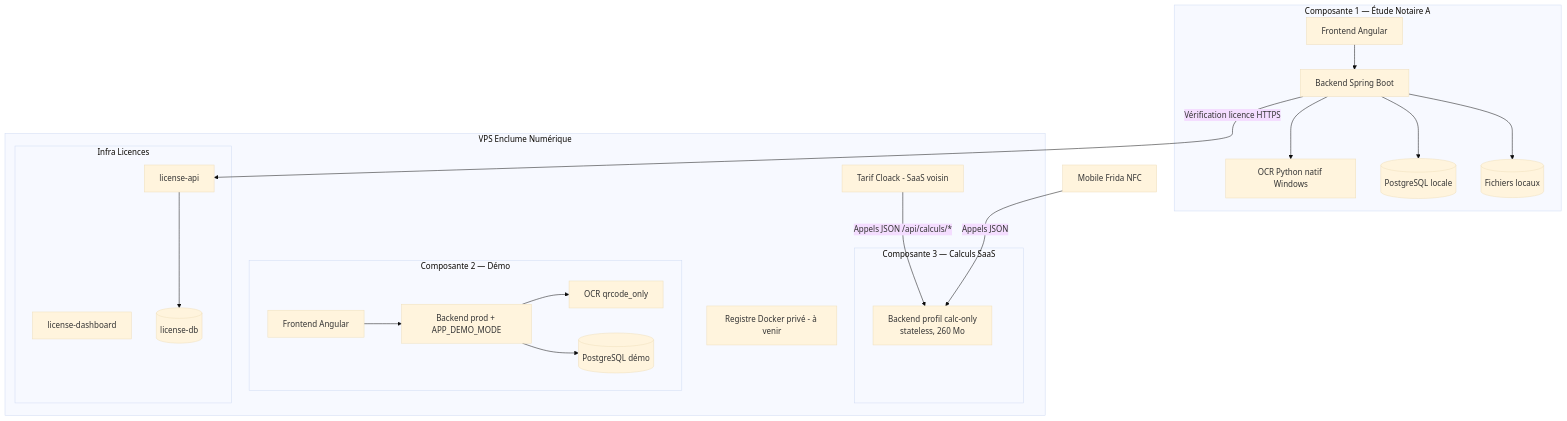
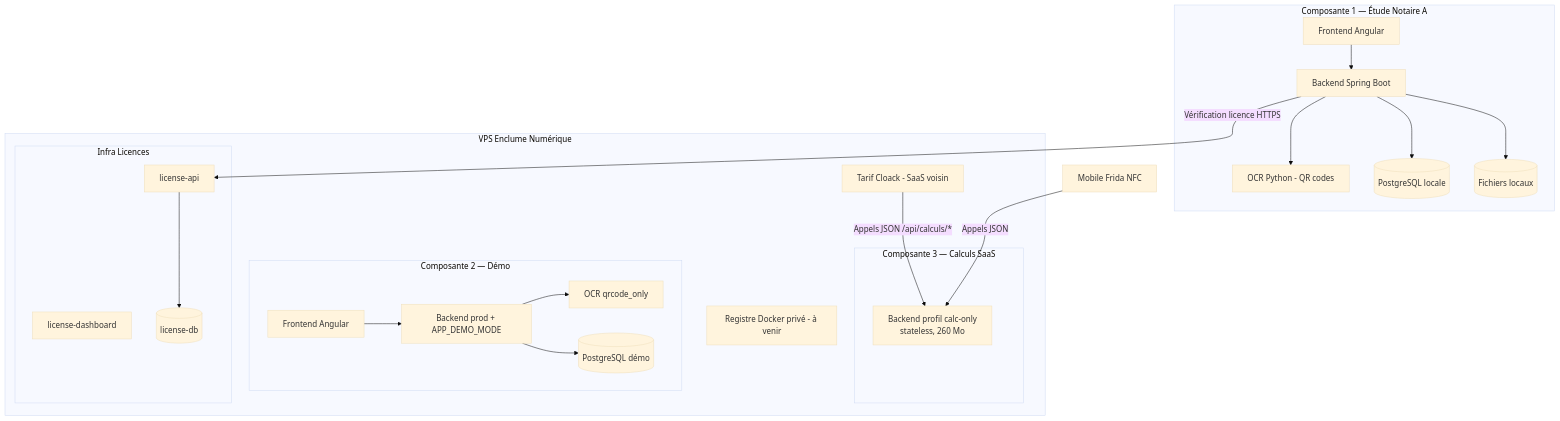
One commit to hamohand/frida-micros-racine changed the diagram in docs/architecture/architecture_saas_frida.md. Above: the diagram before and after it, drawn with Mermaid (base theme). The commit also changed other lines of this file and 6 other files, not shown here.

````diff
--- a/docs/architecture/architecture_saas_frida.md
+++ b/docs/architecture/architecture_saas_frida.md
@@ -17,44 +17,44 @@
 ```mermaid
 graph TB
     subgraph notaire1["Composante 1 — Étude Notaire A"]
         F1[Frontend Angular]
         B1[Backend Spring Boot]
-        O1[OCR Python natif Windows]
+        O1[OCR Python - QR codes]
         DB1[(PostgreSQL locale)]
         FS1[(Fichiers locaux)]
         F1 --> B1
         B1 --> O1
         B1 --> DB1
         B1 --> FS1
     end
 
     subgraph vps["VPS Enclume Numérique"]
         subgraph c2["Composante 2 — Démo"]
             DEMO_F[Frontend Angular]
             DEMO_B[Backend prod + APP_DEMO_MODE]
             DEMO_OCR[OCR qrcode_only]
             DEMO_DB[(PostgreSQL démo)]
             DEMO_F --> DEMO_B
             DEMO_B --> DEMO_OCR
             DEMO_B --> DEMO_DB
         end
 
         subgraph c3["Composante 3 — Calculs SaaS"]
             CALC[Backend profil calc-only<br/>stateless, 260 Mo]
         end
 
         subgraph licinfra["Infra Licences"]
             LIC_API[license-api]
             LIC_DASH[license-dashboard]
             LIC_DB[(license-db)]
             LIC_API --> LIC_DB
         end
 
         TC[Tarif Cloack - SaaS voisin]
         REG[Registre Docker privé - à venir]
     end
 
     B1 -- "Vérification licence HTTPS" --> LIC_API
     TC -- "Appels JSON /api/calculs/*" --> CALC
     MOBILE[Mobile Frida NFC] -- "Appels JSON" --> CALC
 ```
````
